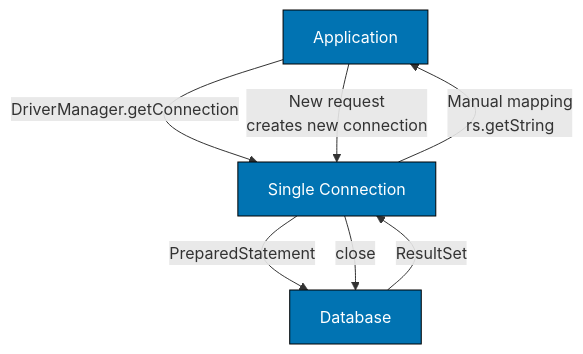
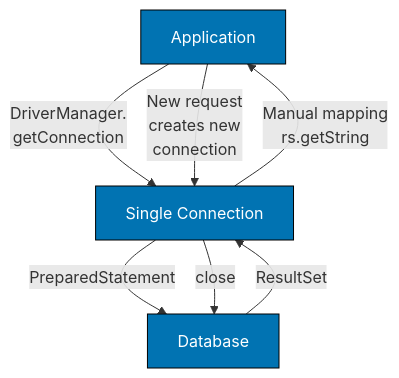
Before and after one commit to wahidyankf/ose-public: the second of 4 diagrams in repo-governance/conventions/tutorials/in-the-field/guide-structure-part4-oauth-and-database-flow.md, drawn with Mermaid. The commit also changed other lines of this file and 220 other files, not shown here.

First line of the commit message:
docs: split mermaid labels to 20 graphemes and add palette defaults

````diff
--- a/repo-governance/conventions/tutorials/in-the-field/guide-structure-part4-oauth-and-database-flow.md
+++ b/repo-governance/conventions/tutorials/in-the-field/guide-structure-part4-oauth-and-database-flow.md
@@ -33,15 +34,16 @@
 ```mermaid
 %% Color Palette: Blue #0173B2, Orange #DE8F05, Teal #029E73, Purple #CC78BC
 graph TD
     accTitle: Guide Structure Part 4: OAuth and Database Flow Diagrams (2)
     accDescr: Application leads to Single Connection via DriverManager.getConnection; Single Connection leads to Database via PreparedStatement; Database leads to Single Connection via ResultSet; Single Connection leads to Application via Manual mapping rs.getString; and 2 more links.
-    A1[Application] -->|DriverManager.getConnection| A2[Single Connection]
+    A1[Application] -->|DriverManager.<br/>getConnection| A2[Single Connection]
     A2 -->|PreparedStatement| A3[Database]
     A3 -->|ResultSet| A2
     A2 -->|Manual mapping<br/>rs.getString| A1
     A2 -->|close| A3
-    A1 -->|New request<br/>creates new connection| A2
+    A1 -->|New request<br/>creates new<br/>connection| A2
 
     classDef blue fill:#0173B2,stroke:#000000,color:#FFFFFF
     class A1,A2,A3 blue
+    classDef default fill:#FFFFFF,stroke:#000000,color:#000000
 ```
````
